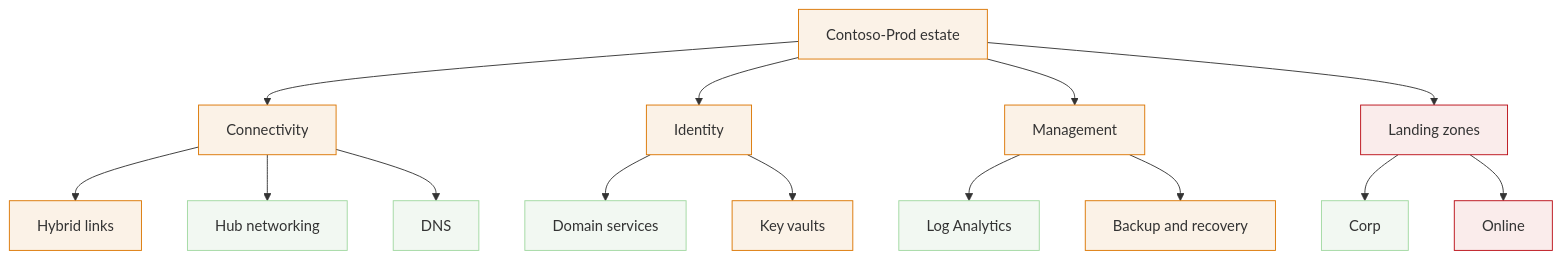
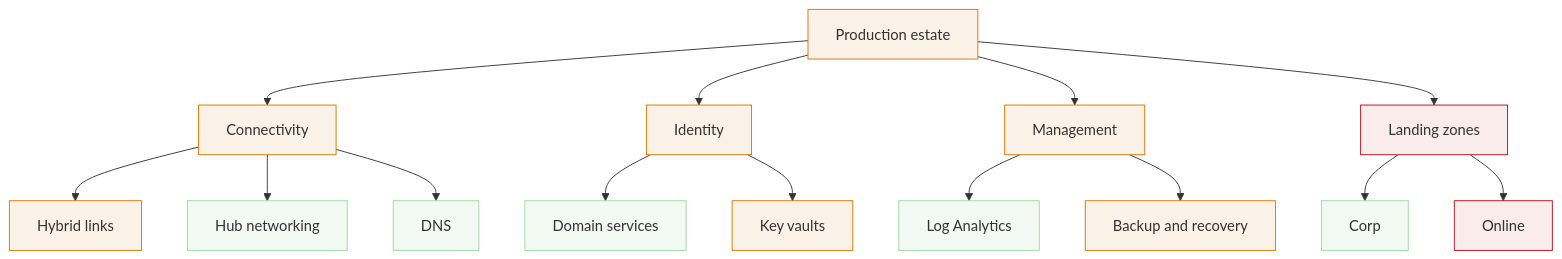
Before and after one commit to Azure/azure-monitor-baseline-alerts: the sixth of 8 diagrams in docs/diagram-sources/health-models.md, drawn with Mermaid. The commit also changed other lines of this file and 7 other files, not shown here.

````diff
--- a/docs/diagram-sources/health-models.md
+++ b/docs/diagram-sources/health-models.md
@@ -184,25 +178,25 @@
 ```mermaid title="Adoption step 1, discovery"
 %%| renderer: mermaid
 flowchart TB
-    root["Contoso-Prod estate"] --> conn["Connectivity"]
+    root["Production estate"] --> conn["Connectivity"]
     root --> id["Identity"]
     root --> mgmt["Management"]
     root --> lz["Landing zones"]
 
     conn --> hyb["Hybrid links"]
     conn --> hub["Hub networking"]
     conn --> dns["DNS"]
     id --> dc["Domain services"]
     id --> kv["Key vaults"]
     mgmt --> law["Log Analytics"]
     mgmt --> bak["Backup and recovery"]
     lz --> corp["Corp"]
     lz --> onl["Online"]
 
     classDef green fill:#f2f8f2,stroke:#a0d8a0;
     classDef amber fill:#fbf2e7,stroke:#db7500;
     classDef red fill:#faeceb,stroke:#ba0d16;
     class hub,dns,dc,law,corp green;
     class hyb,kv,bak,conn,id,mgmt,root amber;
     class onl,lz red;
 ```
````
